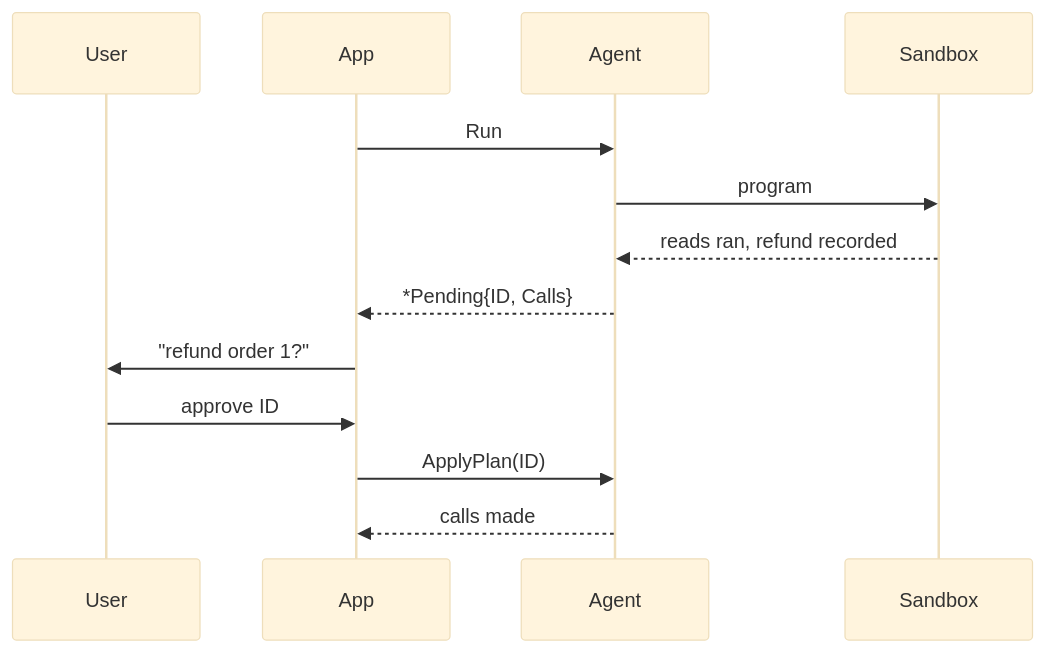
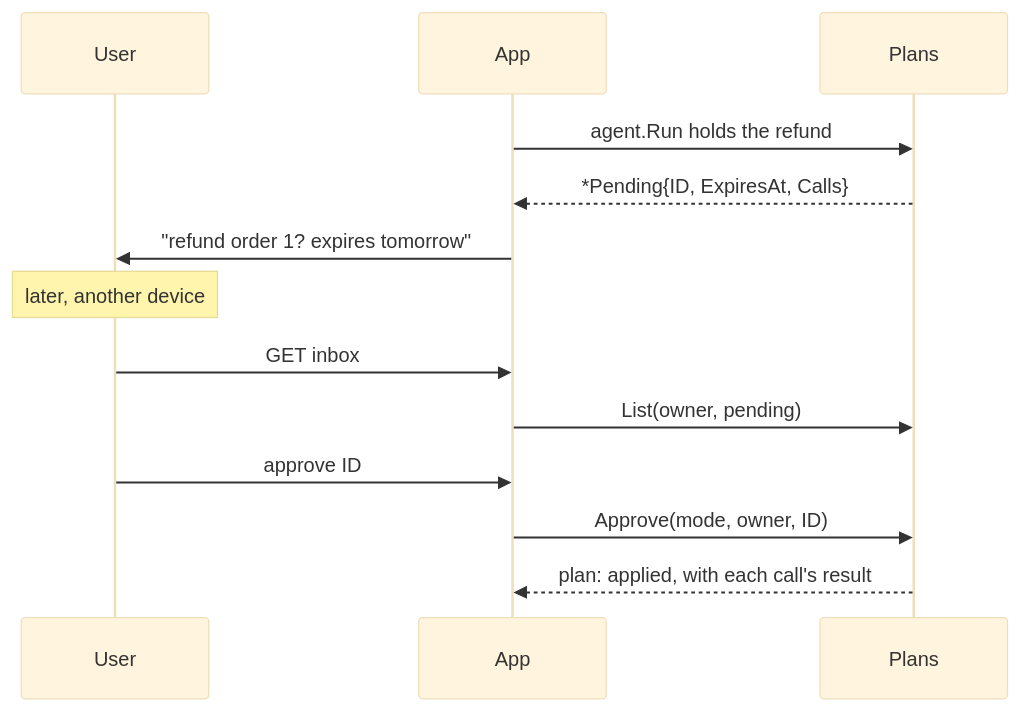
The first of 2 diagrams in docs/content/approval.md (mukezhz/codemode), drawn with Mermaid (base theme) before and after one commit. The commit also changed other lines of this file and 9 other files, not shown here.

````diff
--- a/docs/content/approval.md
+++ b/docs/content/approval.md
@@ -40,15 +51,15 @@
 ```mermaid
 sequenceDiagram
   participant User
   participant App
-  participant Agent
-  participant Sandbox
-  App->>Agent: Run
-  Agent->>Sandbox: program
-  Sandbox-->>Agent: reads ran, refund recorded
-  Agent-->>App: *Pending{ID, Calls}
-  App->>User: "refund order 1?"
+  participant Plans
+  App->>Plans: agent.Run holds the refund
+  Plans-->>App: *Pending{ID, ExpiresAt, Calls}
+  App->>User: "refund order 1? expires tomorrow"
+  Note over User: later, another device
+  User->>App: GET inbox
+  App->>Plans: List(owner, pending)
   User->>App: approve ID
-  App->>Agent: ApplyPlan(ID)
-  Agent-->>App: calls made
+  App->>Plans: Approve(mode, owner, ID)
+  Plans-->>App: plan: applied, with each call's result
 ```
````
